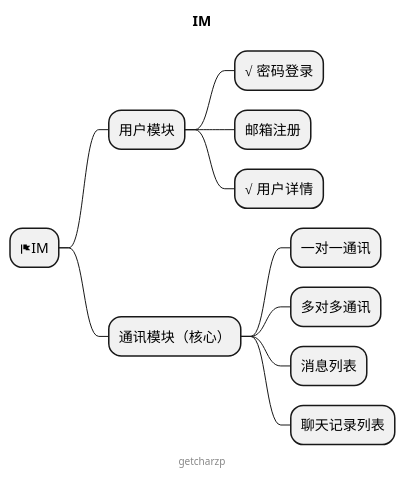
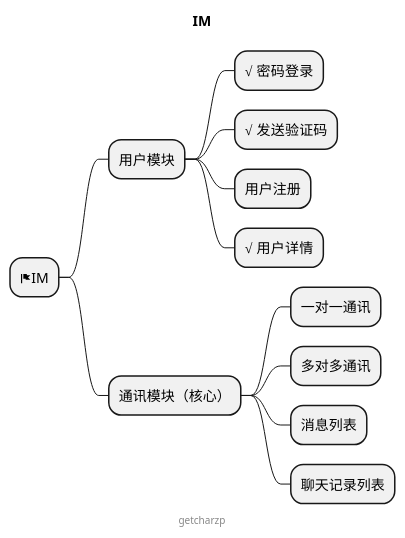
One commit to GetcharZp/im changed the diagram in MIND.puml. Above: the diagram before and after it, drawn with PlantUML. The commit also changed 7 other files, not shown here.

```diff
--- a/MIND.puml
+++ b/MIND.puml
@@ -1,18 +1,19 @@
 @startmindmap
 
 title IM
 
 * <&flag>IM
 ** 用户模块
 *** √ 密码登录
-*** 邮箱注册
+*** √ 发送验证码
+*** 用户注册
 *** √ 用户详情
 ** 通讯模块（核心）
 *** 一对一通讯
 *** 多对多通讯
 *** 消息列表
 *** 聊天记录列表
 
 center footer getcharzp
 
 @endmindmap
```
